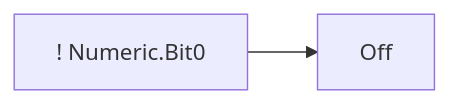
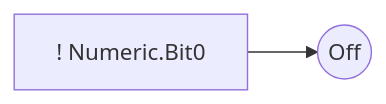
One commit to DualsoftDev/ds changed diagram 14 of 18 in Doc/Language/ds-language-table.md. Above: the diagram before and after it, drawn with Mermaid. The commit also changed other lines of this file, not shown here.

````diff
--- a/Doc/Language/ds-language-table.md
+++ b/Doc/Language/ds-language-table.md
@@ -430,3 +430,3 @@
 ```mermaid
-    flowchart LR;S1[! Numeric.Bit0] --> S2[Off]
+    flowchart LR;S1[! Numeric.Bit0] --> S2((Off))
 ```
````
